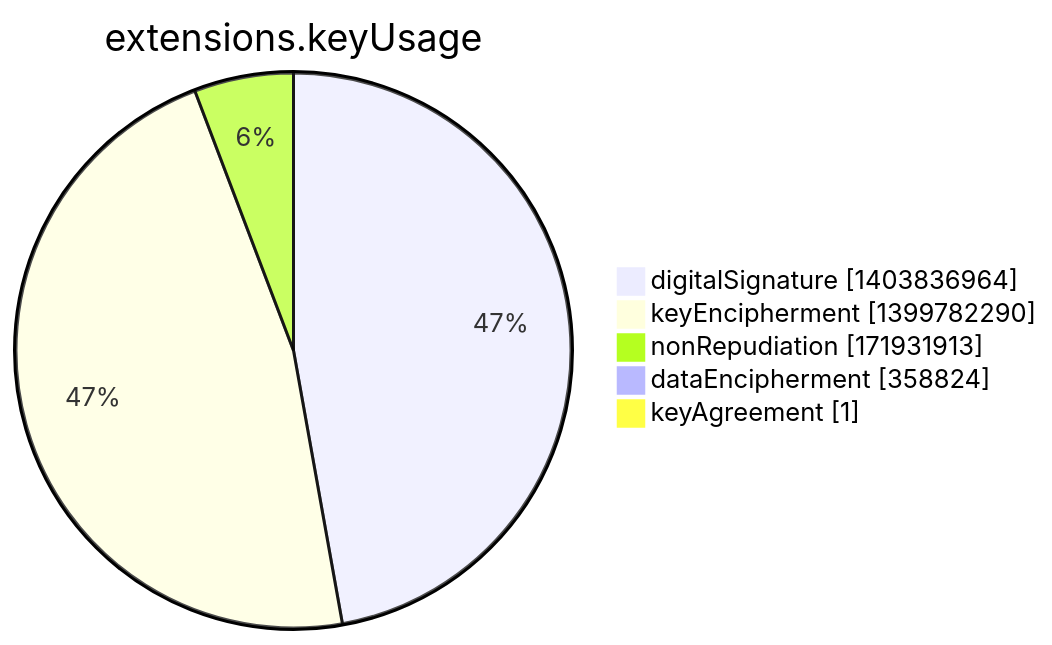
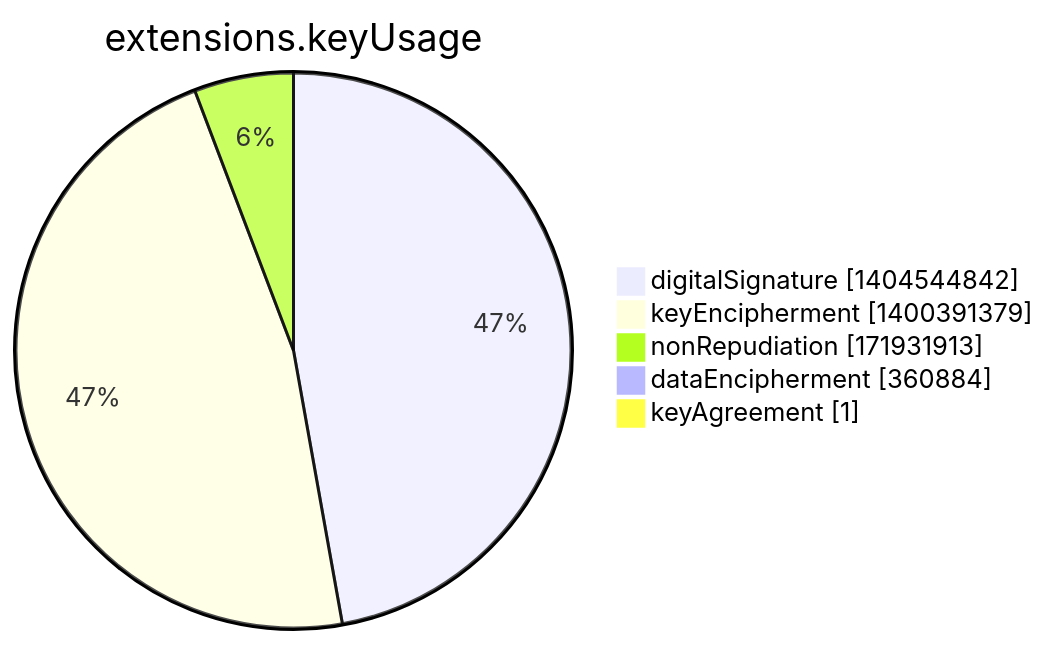
One commit to christiankrug/ctmonitor_visualization changed the seventh of 15 diagrams in argon2022/README.md. Above: the diagram before and after it, drawn with Mermaid. The commit also changed other lines of this file, not shown here.

````diff
--- a/argon2022/README.md
+++ b/argon2022/README.md
@@ -2751,9 +2751,9 @@
 ```mermaid
 pie showData
 title extensions.keyUsage
-"digitalSignature" :1403836964
-"keyEncipherment" :1399782290
+"digitalSignature" :1404544842
+"keyEncipherment" :1400391379
 "nonRepudiation" :171931913
-"dataEncipherment" :358824
+"dataEncipherment" :360884
 "keyAgreement" :1
 ```
````
